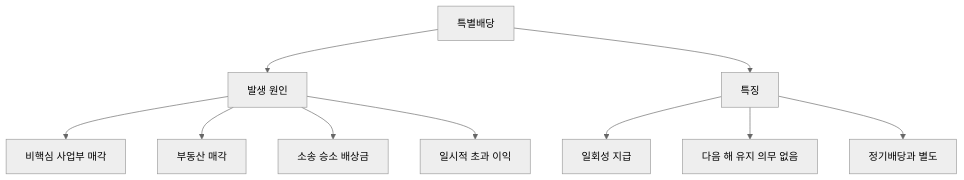
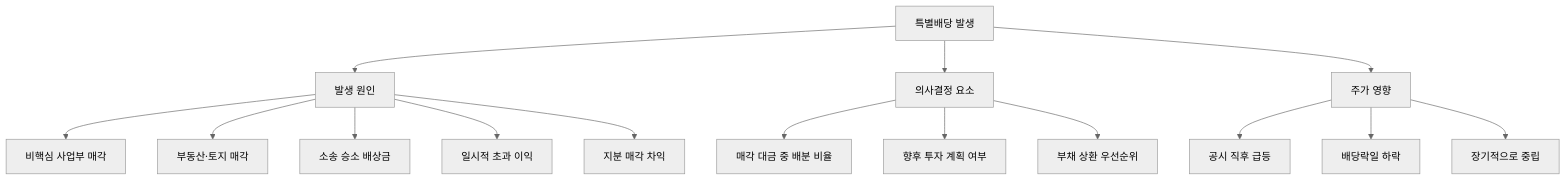
One commit to yeongseon/stock-visual-note changed the diagram in content/stock-terms/ko/level-06-events/special-dividend.md. Above: the diagram before and after it, drawn with Mermaid (neutral theme). The commit also changed other lines of this file and 2 other files, not shown here.

Commit message:
content: rewrite share-buyback, share-cancellation, special-dividend — richer diagrams, 4 misconceptions, deeper analysis

````diff
--- a/content/stock-terms/ko/level-06-events/special-dividend.md
+++ b/content/stock-terms/ko/level-06-events/special-dividend.md
@@ -39,13 +41,18 @@
 ```mermaid
 graph TD
-    A["특별배당"]
+    A["특별배당 발생"]
     A --> B["발생 원인"]
-    A --> C["특징"]
+    A --> C["의사결정 요소"]
+    A --> D["주가 영향"]
     B --> B1["비핵심 사업부 매각"]
-    B --> B2["부동산 매각"]
+    B --> B2["부동산·토지 매각"]
     B --> B3["소송 승소 배상금"]
     B --> B4["일시적 초과 이익"]
-    C --> C1["일회성 지급"]
-    C --> C2["다음 해 유지 의무 없음"]
-    C --> C3["정기배당과 별도"]
+    B --> B5["지분 매각 차익"]
+    C --> C1["매각 대금 중 배분 비율"]
+    C --> C2["향후 투자 계획 여부"]
+    C --> C3["부채 상환 우선순위"]
+    D --> D1["공시 직후 급등"]
+    D --> D2["배당락일 하락"]
+    D --> D3["장기적으로 중립"]
 ```
````
